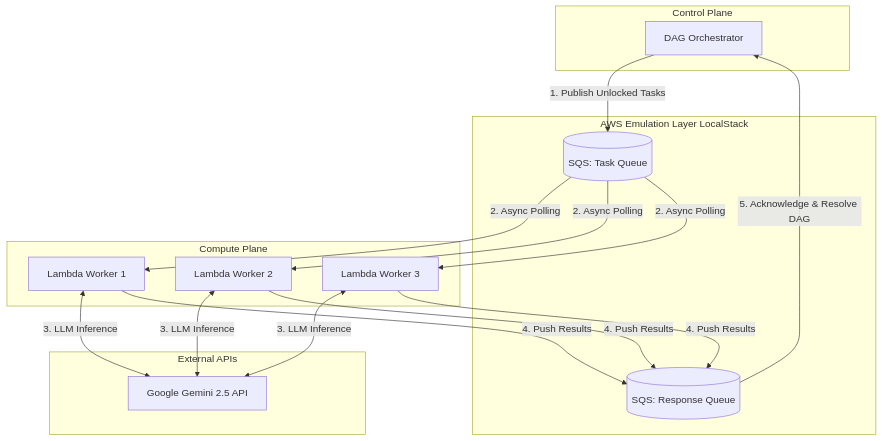
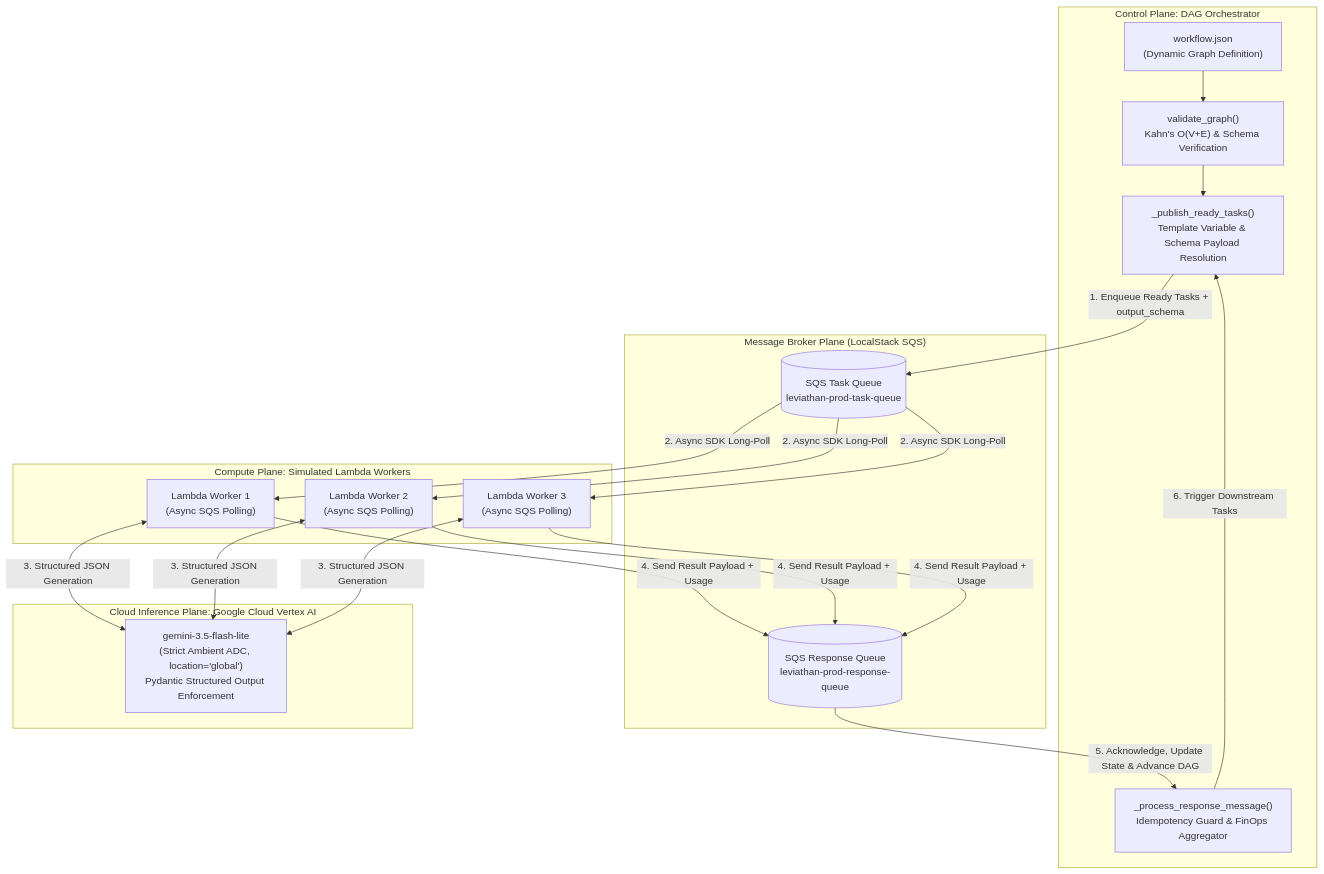
One commit to kleeeoss/project-leviathan changed the diagram in README.md. Above: the diagram before and after it, drawn with Mermaid. The commit also changed other lines of this file and 5 other files, not shown here.

Commit message:
feat(phase2): implement Vertex AI Pydantic structured contracts, FinOps metering, and README overhaul

`````diff
--- a/README.md
+++ b/README.md
@@ -17,36 +23,39 @@
 ```mermaid
-graph TD
-    subgraph Control Plane
-        O[DAG Orchestrator]
+flowchart TD
+    subgraph Control_Plane["Control Plane: DAG Orchestrator"]
+        Workflow["workflow.json<br/>(Dynamic Graph Definition)"] --> ValidGraph["validate_graph()<br/>Kahn's O(V+E) & Schema Verification"]
+        ValidGraph --> Seed["_publish_ready_tasks()<br/>Template Variable & Schema Payload Resolution"]
+        Loopback["_process_response_message()<br/>Idempotency Guard & FinOps Aggregator"]
     end
 
-    subgraph AWS Emulation Layer LocalStack
-        TQ[(SQS: Task Queue)]
-        RQ[(SQS: Response Queue)]
+    subgraph AWS_Broker_Plane["Message Broker Plane (LocalStack SQS)"]
+        TQ[("SQS Task Queue<br/>leviathan-prod-task-queue")]
+        RQ[("SQS Response Queue<br/>leviathan-prod-response-queue")]
     end
 
-    subgraph Compute Plane
-        L1[Lambda Worker 1]
-        L2[Lambda Worker 2]
-        L3[Lambda Worker 3]
+    subgraph Compute_Plane["Compute Plane: Simulated Lambda Workers"]
+        W1["Lambda Worker 1<br/>(Async SQS Polling)"]
+        W2["Lambda Worker 2<br/>(Async SQS Polling)"]
+        W3["Lambda Worker 3<br/>(Async SQS Polling)"]
     end
 
-    subgraph External APIs
-        G[Google Gemini 2.5 API]
+    subgraph Cloud_Inference_Plane["Cloud Inference Plane: Google Cloud Vertex AI"]
+        Gemini["gemini-3.5-flash-lite<br/>(Strict Ambient ADC, location='global')<br/>Pydantic Structured Output Enforcement"]
     end
 
-    O -->|1. Publish Unlocked Tasks| TQ
-    TQ -->|2. Async Polling| L1
-    TQ -->|2. Async Polling| L2
-    TQ -->|2. Async Polling| L3
-    
-    L1 <-->|3. LLM Inference| G
-    L2 <-->|3. LLM Inference| G
-    L3 <-->|3. LLM Inference| G
+    Seed -->|"1. Enqueue Ready Tasks + output_schema"| TQ
+    TQ -->|"2. Async SDK Long-Poll"| W1
+    TQ -->|"2. Async SDK Long-Poll"| W2
+    TQ -->|"2. Async SDK Long-Poll"| W3
 
-    L1 -->|4. Push Results| RQ
-    L2 -->|4. Push Results| RQ
-    L3 -->|4. Push Results| RQ
+    W1 <-->|"3. Structured JSON Generation"| Gemini
+    W2 <-->|"3. Structured JSON Generation"| Gemini
+    W3 <-->|"3. Structured JSON Generation"| Gemini
 
-    RQ -->|5. Acknowledge & Resolve DAG| O
-````
+    W1 -->|"4. Send Result Payload + Usage"| RQ
+    W2 -->|"4. Send Result Payload + Usage"| RQ
+    W3 -->|"4. Send Result Payload + Usage"| RQ
+
+    RQ -->|"5. Acknowledge, Update State & Advance DAG"| Loopback
+    Loopback -->|"6. Trigger Downstream Tasks"| Seed
+```
`````
